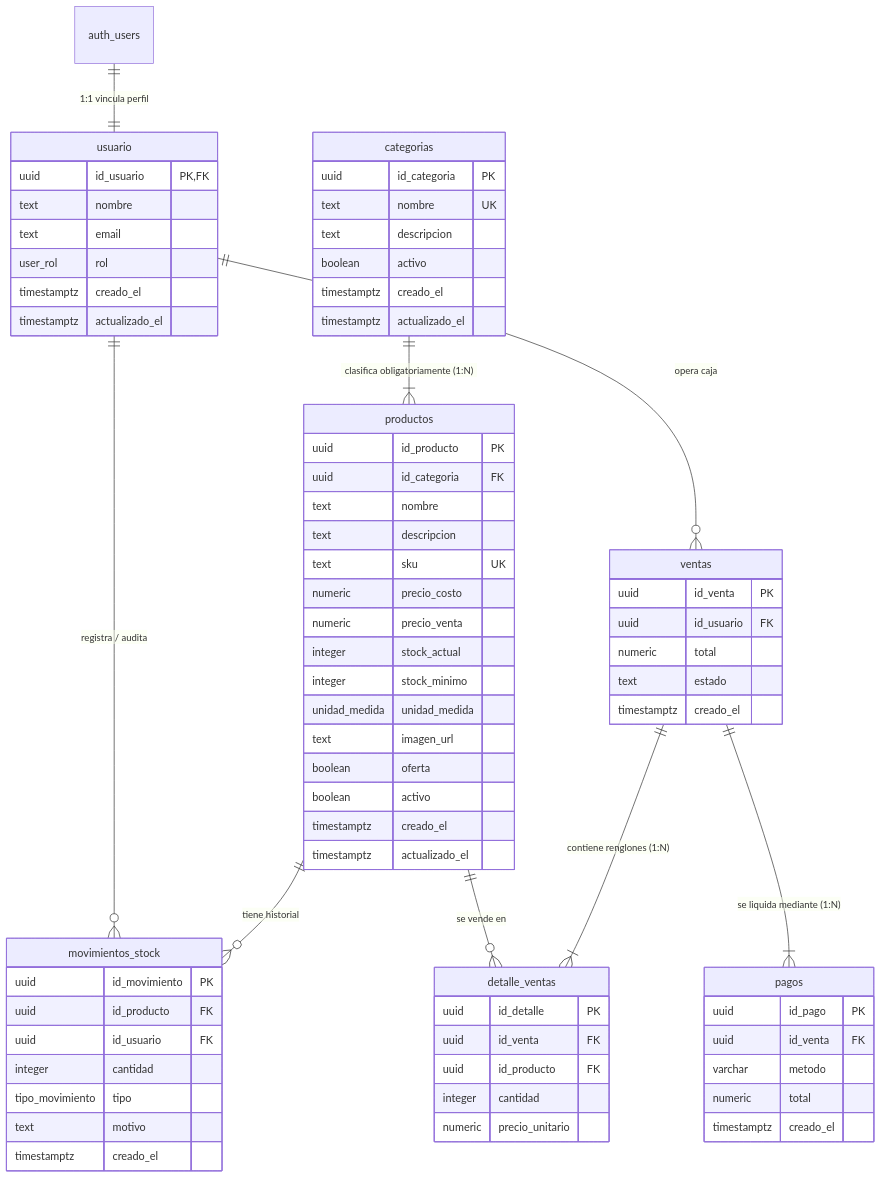
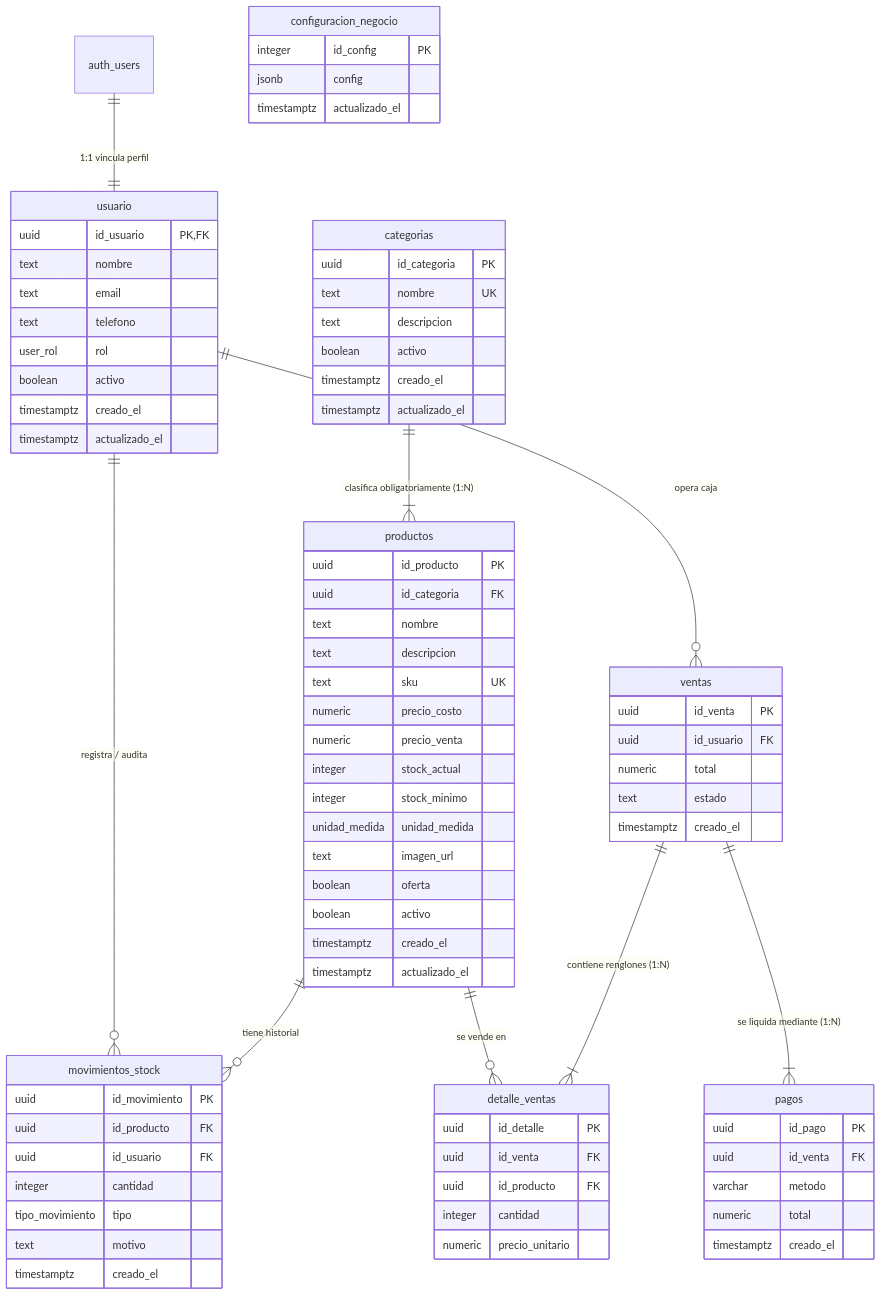
Before and after one commit to OctavioRiccardo/m.i-stock: the diagram in mistock/docs/Base de datos.md, drawn with Mermaid. The commit also changed other lines of this file and 11 other files, not shown here.

```diff
--- a/mistock/docs/Base de datos.md
+++ b/mistock/docs/Base de datos.md
@@ -33,8 +33,16 @@
         uuid id_usuario PK,FK
         text nombre
         text email
+        text telefono
         user_rol rol
+        boolean activo
         timestamptz creado_el
+        timestamptz actualizado_el
+    }
+
+    configuracion_negocio {
+        integer id_config PK
+        jsonb config
         timestamptz actualizado_el
     }
 
```
